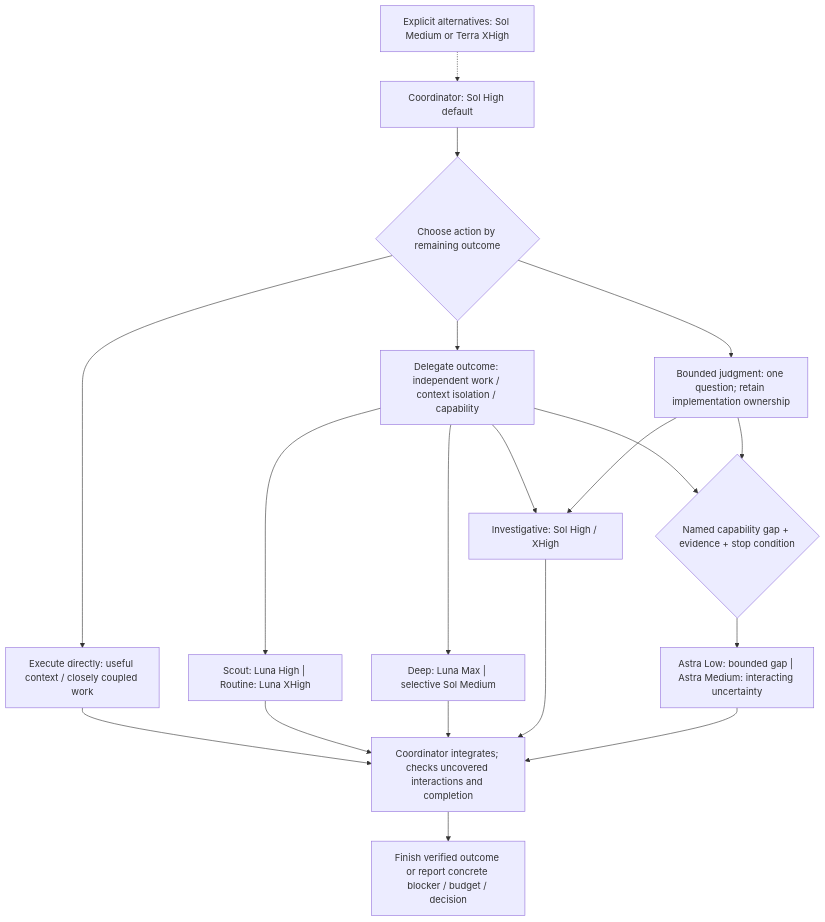
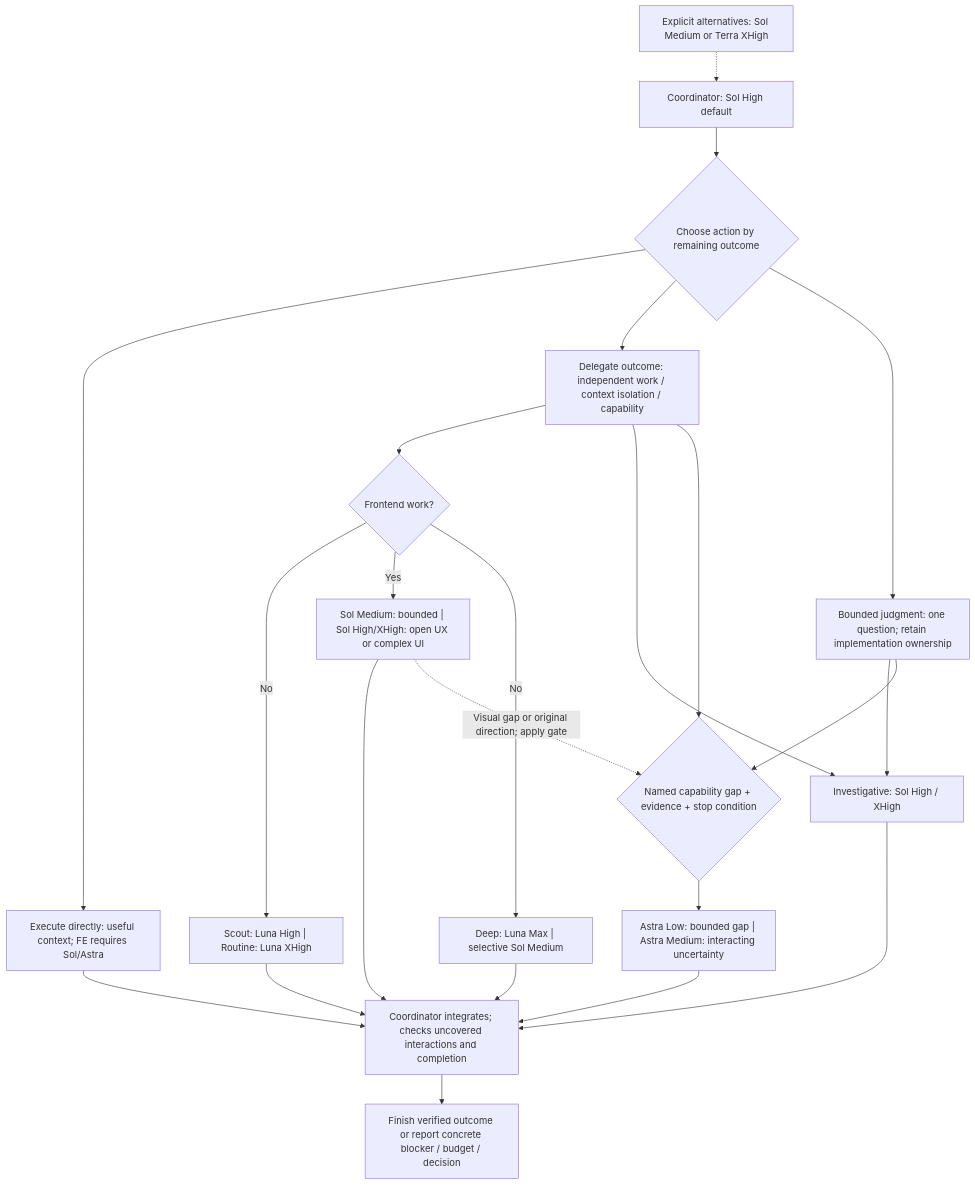
One commit to abangkis/goblin-mini-astra changed the diagram in README.md. Above: the diagram before and after it, drawn with Mermaid. The commit also changed other lines of this file and 5 other files, not shown here.

Commit message:
Release v11 with Sol and Astra frontend routing

````diff
--- a/README.md
+++ b/README.md
@@ -30,21 +38,25 @@
 ```mermaid
 flowchart TD
     C["Coordinator: Sol High default"] --> A{"Choose action by remaining outcome"}
     P["Explicit alternatives: Sol Medium or Terra XHigh"] -.-> C
-    A --> D["Execute directly: useful context / closely coupled work"]
+    A --> D["Execute directly: useful context; FE requires Sol/Astra"]
     A --> W["Delegate outcome: independent work / context isolation / capability"]
     A --> J["Bounded judgment: one question; retain implementation ownership"]
-    W --> L["Scout: Luna High | Routine: Luna XHigh"]
-    W --> B["Deep: Luna Max | selective Sol Medium"]
+    W --> T{"Frontend work?"}
+    T -->|No| L["Scout: Luna High | Routine: Luna XHigh"]
+    T -->|Yes| FE["Sol Medium: bounded | Sol High/XHigh: open UX or complex UI"]
+    FE --> V
+    FE -.->|Visual gap or original direction; apply gate| G
+    T -->|No| B["Deep: Luna Max | selective Sol Medium"]
     W --> I["Investigative: Sol High / XHigh"]
     J --> I
     W --> G{"Named capability gap + evidence + stop condition"}
     J --> G
     G --> E["Astra Low: bounded gap | Astra Medium: interacting uncertainty"]
     D --> V["Coordinator integrates; checks uncovered interactions and completion"]
     L --> V
     B --> V
     I --> V
     E --> V
     V --> F["Finish verified outcome or report concrete blocker / budget / decision"]
 ```
````
